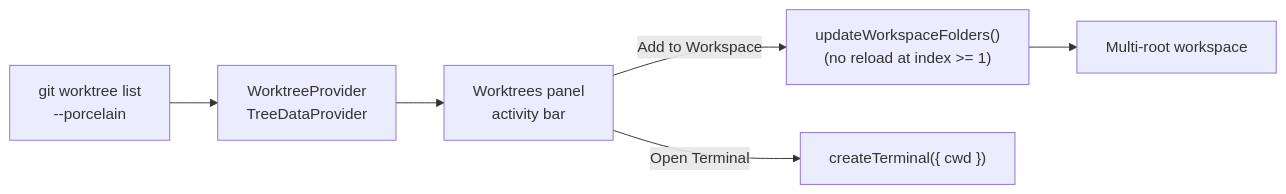
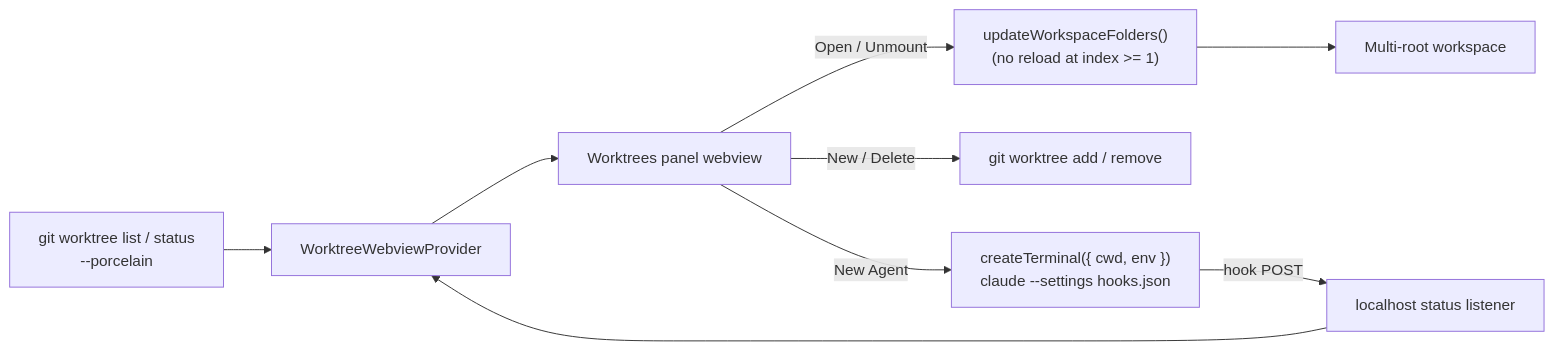
Before and after one commit to BradenTerry/agent-worktrees: the diagram in README.md, drawn with Mermaid. The commit also changed other lines of this file and 8 other files, not shown here.

First line of the commit message:
Drive agent status from hooks; add worktree git ops and UX polish

````diff
--- a/README.md
+++ b/README.md
@@ -41,8 +64,11 @@
 ```mermaid
 flowchart LR
-    G["git worktree list<br/>--porcelain"] --> P[WorktreeProvider<br/>TreeDataProvider]
-    P --> V[Worktrees panel<br/>activity bar]
-    V -->|Add to Workspace| U["updateWorkspaceFolders()<br/>(no reload at index >= 1)"]
-    V -->|Open Terminal| T["createTerminal({ cwd })"]
+    G["git worktree list / status<br/>--porcelain"] --> P[WorktreeWebviewProvider]
+    P --> V[Worktrees panel webview]
+    V -->|Open / Unmount| U["updateWorkspaceFolders()<br/>(no reload at index >= 1)"]
+    V -->|New / Delete| WT["git worktree add / remove"]
+    V -->|New Agent| T["createTerminal({ cwd, env })<br/>claude --settings hooks.json"]
+    T -->|hook POST| L["localhost status listener"]
+    L --> P
     U --> W[Multi-root workspace]
 ```
````
